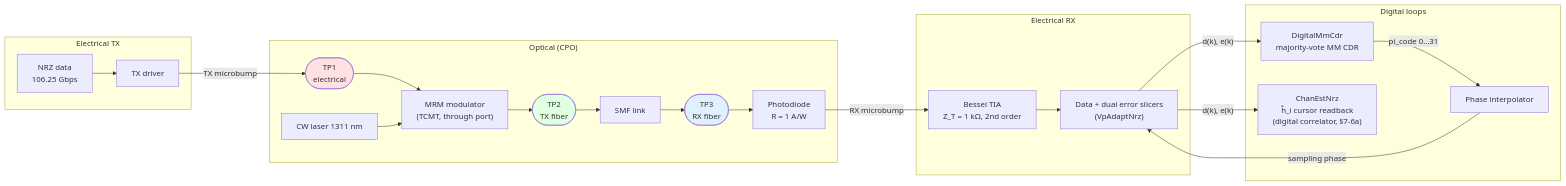
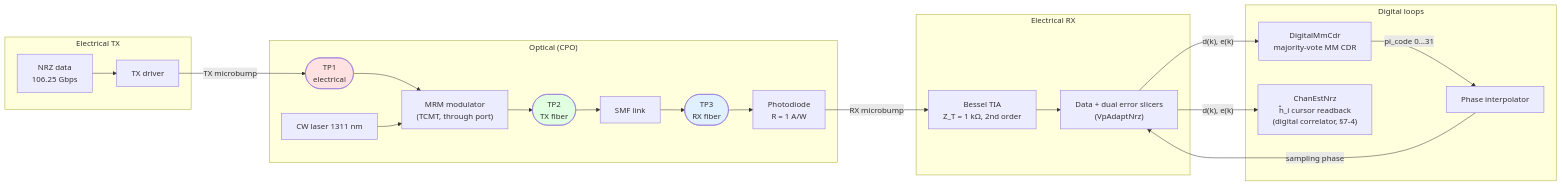
Before and after one commit to patrick-lightmatter/mydocs: the first of 5 diagrams in oci_msa/l250/gizmo.md, drawn with Mermaid. The commit also changed other lines of this file and 26 other files, not shown here.

````diff
--- a/oci_msa/l250/gizmo.md
+++ b/oci_msa/l250/gizmo.md
@@ -11,29 +11,29 @@
 ```mermaid
 flowchart LR
   subgraph TX["Electrical TX"]
     PRBS["NRZ data<br/>106.25 Gbps"] --> DRV["TX driver"]
   end
   subgraph OPT["Optical (CPO)"]
     DRV -->|TX microbump| TP1(["TP1<br/>electrical"])
     TP1 --> MRM["MRM modulator<br/>(TCMT, through port)"]
     LAS["CW laser 1311 nm"] --> MRM
     MRM --> TP2(["TP2<br/>TX fiber"])
     TP2 --> SMF["SMF link"]
     SMF --> TP3(["TP3<br/>RX fiber"])
     TP3 --> PD["Photodiode<br/>R = 1 A/W"]
   end
   subgraph RX["Electrical RX"]
     PD -->|RX microbump| TIA["Bessel TIA<br/>Z_T = 1 kΩ, 2nd order"]
     TIA --> SL["Data + dual error slicers<br/>(VpAdaptNrz)"]
   end
   subgraph DIG["Digital loops"]
     SL -->|"d(k), e(k)"| CDR["DigitalMmCdr<br/>majority-vote MM CDR"]
     CDR -->|pi_code 0…31| PI["Phase interpolator"]
     PI -->|sampling phase| SL
-    SL -->|"d(k), e(k)"| EST["ChanEstNrz<br/>ĥ_i cursor readback<br/>(digital correlator, §7-6a)"]
+    SL -->|"d(k), e(k)"| EST["ChanEstNrz<br/>ĥ_i cursor readback<br/>(digital correlator, §7-4)"]
   end
 
   style TP1 fill:#ffe1e1
   style TP2 fill:#e1ffe1
   style TP3 fill:#e1f0ff
 ```
````
